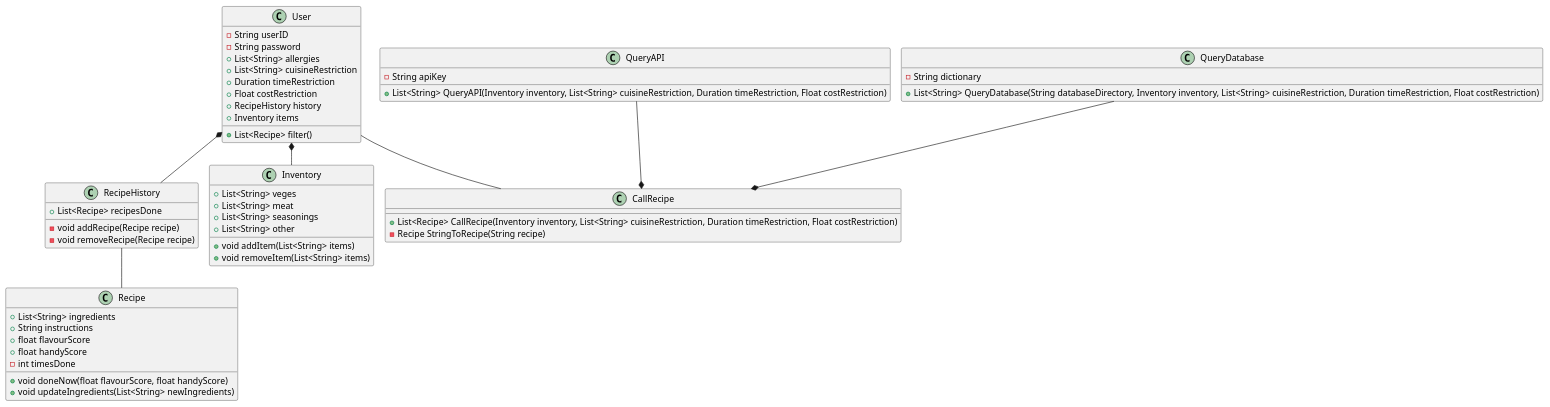
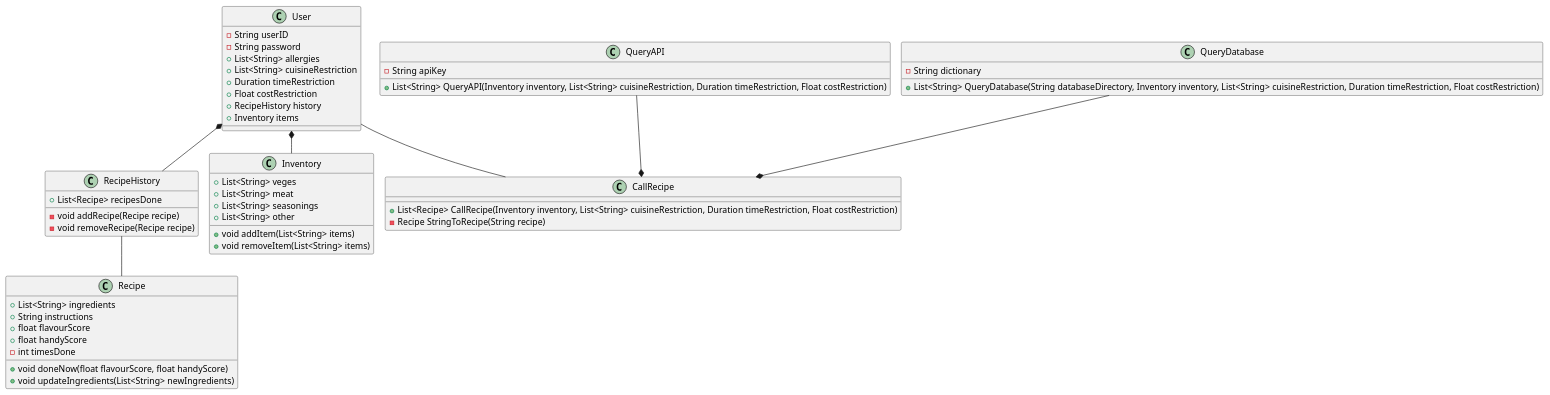
One commit to JohnZHANGFZ/207_group_project changed the diagram in Project UML.puml. Above: the diagram before and after it, drawn with PlantUML.

Commit message:
delete filter method

```diff
--- a/Project UML.puml
+++ b/Project UML.puml
@@ -1,70 +1,68 @@
 @startuml
 !pragma layout smetana
 'https://plantuml.com/sequence-diagram
 
 class User {
 -String userID
 -String password
 +List<String> allergies
 +List<String> cuisineRestriction
 +Duration timeRestriction
 +Float costRestriction
 +RecipeHistory history
 +Inventory items
-
-+List<Recipe> filter()
 }
 
 class RecipeHistory{
 +List<Recipe> recipesDone
 
 -void addRecipe(Recipe recipe)
 -void removeRecipe(Recipe recipe)
 }
 
 class Recipe{
 +List<String> ingredients
 +String instructions
 +float flavourScore
 +float handyScore
 -int timesDone
 
 +void doneNow(float flavourScore, float handyScore)
 +void updateIngredients(List<String> newIngredients)
 }
 
 class Inventory {
 +List<String> veges
 +List<String> meat
 +List<String> seasonings
 +List<String> other
 
 +void addItem(List<String> items)
 +void removeItem(List<String> items)
 }
 
 
 
 class CallRecipe {
 +List<Recipe> CallRecipe(Inventory inventory, List<String> cuisineRestriction, Duration timeRestriction, Float costRestriction)
 -Recipe StringToRecipe(String recipe)
 }
 
 class QueryAPI {
 -String apiKey
 +List<String> QueryAPI(Inventory inventory, List<String> cuisineRestriction, Duration timeRestriction, Float costRestriction)
 }
 
 class QueryDatabase {
 -String dictionary
 +List<String> QueryDatabase(String databaseDirectory, Inventory inventory, List<String> cuisineRestriction, Duration timeRestriction, Float costRestriction)
 }
 
 RecipeHistory -- Recipe
 User *-- Inventory
 User *-- RecipeHistory
 QueryAPI --* CallRecipe
 QueryDatabase --* CallRecipe
 User -- CallRecipe
 
 @enduml
```
